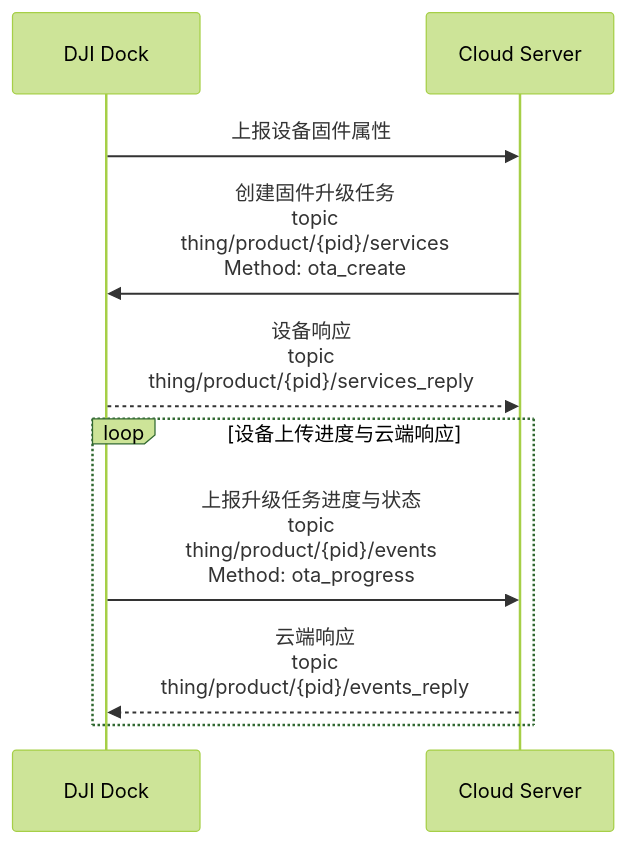
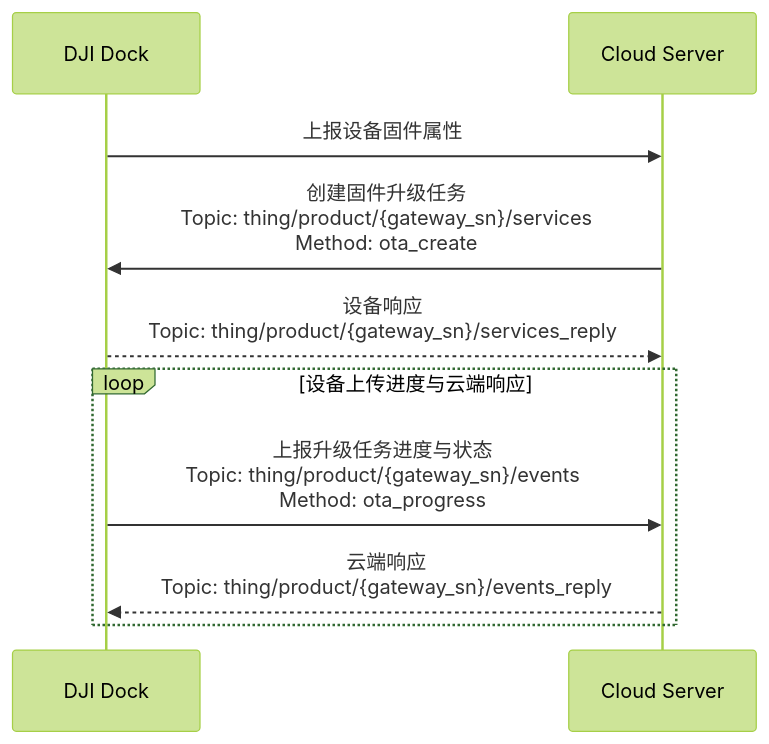
The diagram in docs/cn/30.feature-set/20.dock-feature-set/80.firmware-upgrade.md (dji-sdk/Cloud-API-Doc), drawn with Mermaid (forest theme) before and after one commit. The commit also changed 72 other files, not shown here.

````diff
--- a/docs/cn/30.feature-set/20.dock-feature-set/80.firmware-upgrade.md
+++ b/docs/cn/30.feature-set/20.dock-feature-set/80.firmware-upgrade.md
@@ -15,18 +15,18 @@
 ```mermaid
 sequenceDiagram
 
 participant client as DJI Dock
 participant app_server as Cloud Server
 
 client ->> app_server : 上报设备固件属性
 
-app_server ->> client : 创建固件升级任务<br/>topic<br/>thing/product/{pid}/services<br/>Method: ota_create
-client -->> app_server : 设备响应<br/>topic<br/> thing/product/{pid}/services_reply
+app_server ->> client : 创建固件升级任务<br/>Topic: thing/product/{gateway_sn}/services<br/>Method: ota_create
+client -->> app_server : 设备响应<br/>Topic: thing/product/{gateway_sn}/services_reply
 
 loop 设备上传进度与云端响应
 
-client ->> app_server : 上报升级任务进度与状态<br/>topic<br/> thing/product/{pid}/events<br/>Method: ota_progress
-app_server -->> client : 云端响应<br/>topic<br/>thing/product/{pid}/events_reply
+client ->> app_server : 上报升级任务进度与状态<br/>Topic: thing/product/{gateway_sn}/events<br/>Method: ota_progress
+app_server -->> client : 云端响应<br/>Topic: thing/product/{gateway_sn}/events_reply
 
 end
 ```
````
